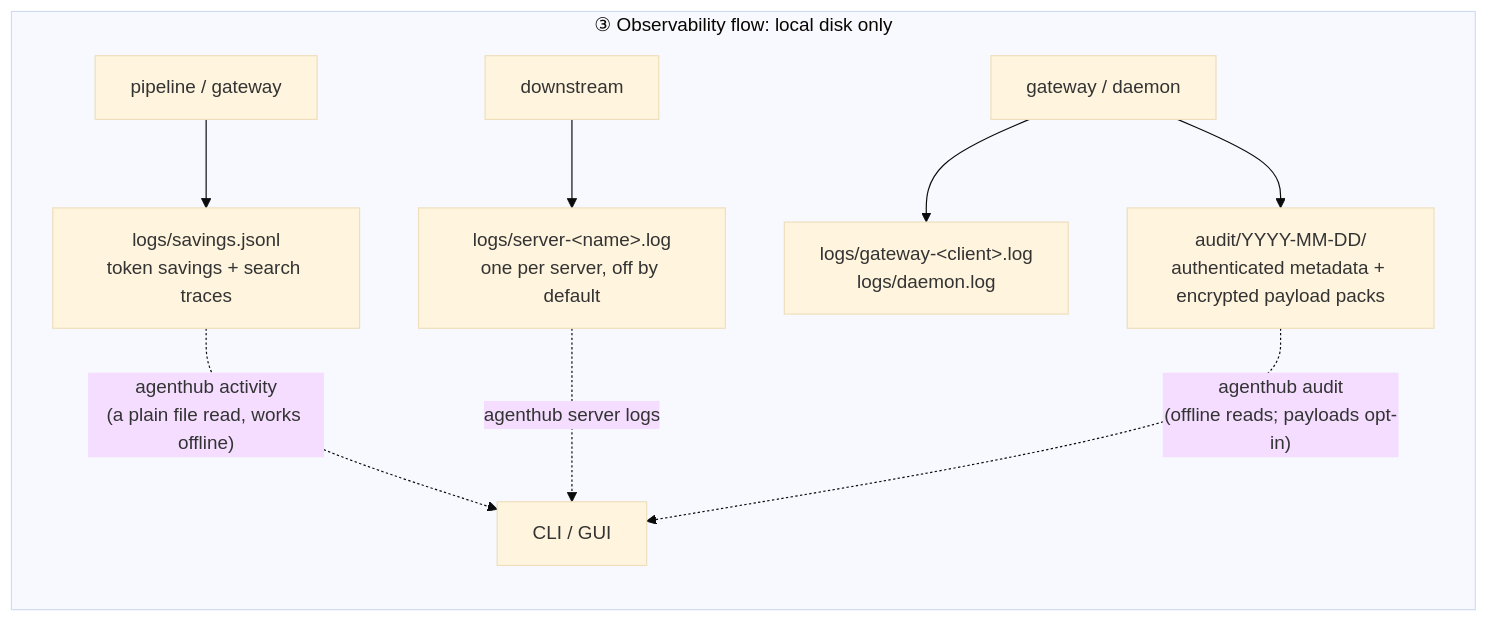
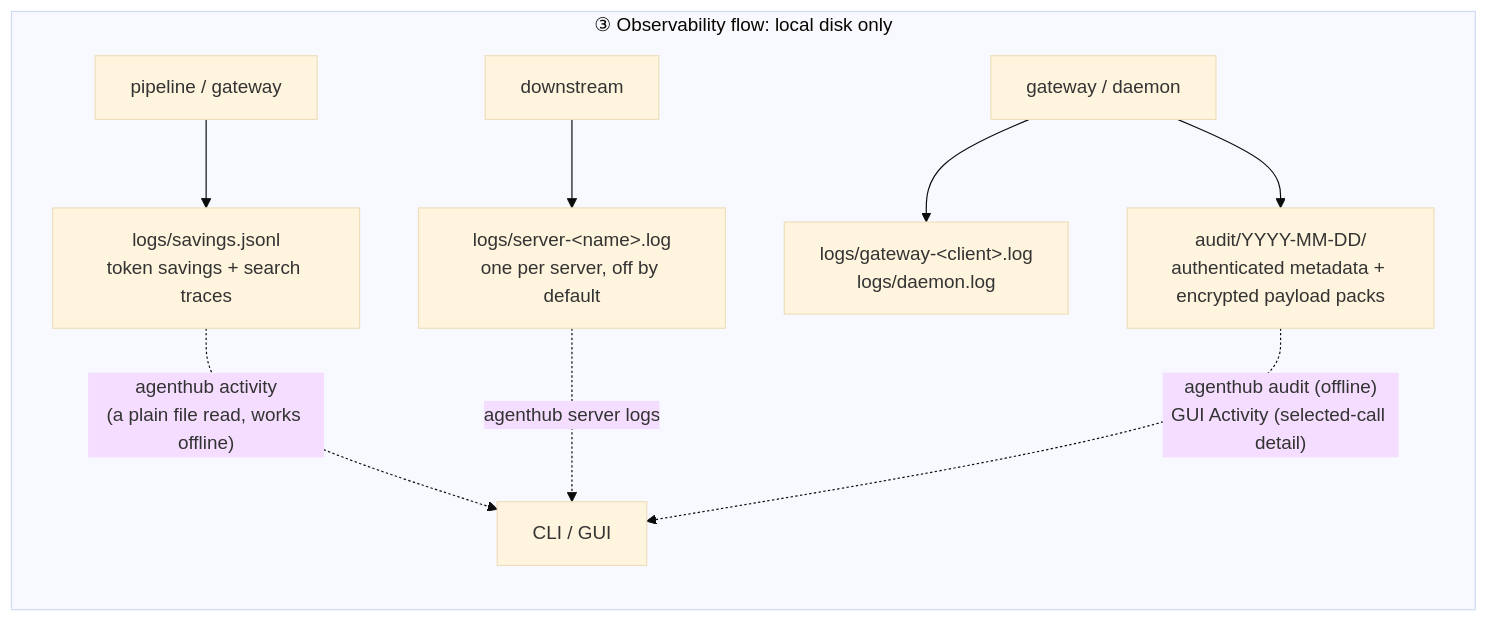
The sixth of 8 diagrams in docs/architecture.md (dinstein/agent-hub), drawn with Mermaid (base theme) before and after one commit. The commit also changed 14 other files, not shown here.

First line of the commit message:
feat(gui): add the audit activity workspace

````diff
--- a/docs/architecture.md
+++ b/docs/architecture.md
@@ -277,12 +277,12 @@
 ```mermaid
 flowchart LR
     subgraph obs["③ Observability flow: local disk only"]
         P["pipeline / gateway"] --> A3["logs/savings.jsonl<br/>token savings + search traces"]
         DSX["downstream"] --> A4["logs/server-&lt;name&gt;.log<br/>one per server, off by default"]
         GW["gateway / daemon"] --> A5["logs/gateway-&lt;client&gt;.log<br/>logs/daemon.log"]
         GW --> A6["audit/YYYY-MM-DD/<br/>authenticated metadata + encrypted payload packs"]
         A3 -.->|"agenthub activity<br/>(a plain file read, works offline)"| F["CLI / GUI"]
         A4 -.->|"agenthub server logs"| F
-        A6 -.->|"agenthub audit<br/>(offline reads; payloads opt-in)"| F
+        A6 -.->|"agenthub audit (offline)<br/>GUI Activity (selected-call detail)"| F
     end
 ```
````
